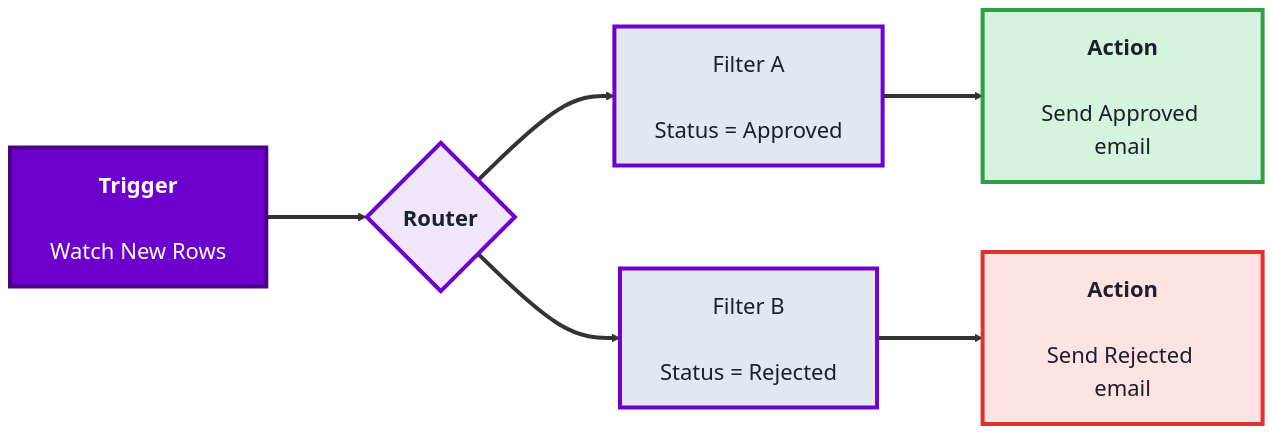
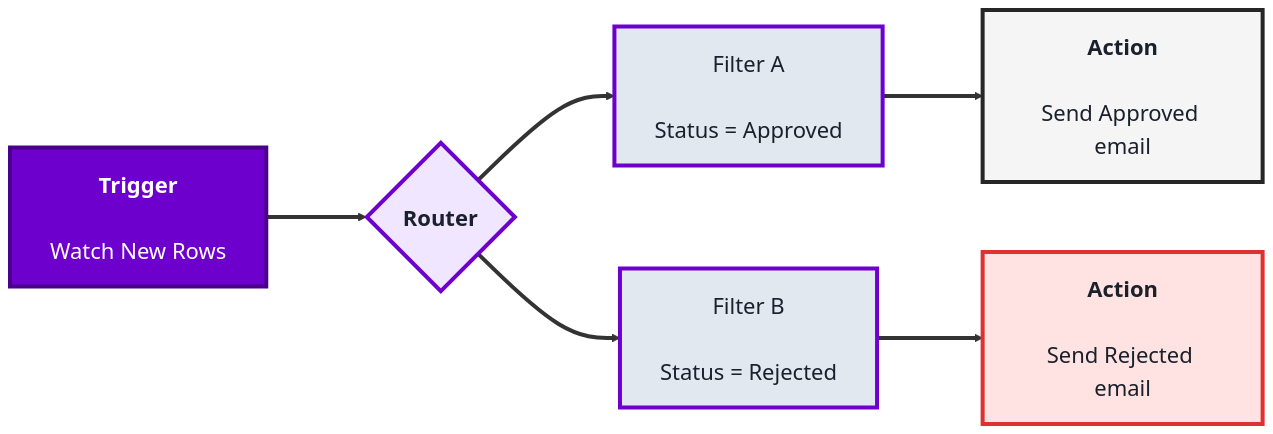
Before and after one commit to SHEMODELTECH/shemodeltech: the third of 5 diagrams in src/Pages/courses/TechArchs/automation-beginner-course.md, drawn with Mermaid. The commit also changed other lines of this file and 46 other files, not shown here.

````diff
--- a/src/Pages/courses/TechArchs/automation-beginner-course.md
+++ b/src/Pages/courses/TechArchs/automation-beginner-course.md
@@ -192,22 +192,22 @@
 ```mermaid
 %%{init: {'theme':'base', 'themeVariables': {'fontSize':'22px', 'primaryTextColor':'#1a202c', 'primaryBorderColor':'#4a0089', 'lineColor':'#333333'}, 'flowchart': {'nodeSpacing': 70, 'rankSpacing': 100, 'padding': 20}}}%%
 flowchart LR
     T["<b>Trigger</b><br/><br/>Watch New Rows"]
     R{"<b>Router</b>"}
     FA["Filter A<br/><br/>Status = Approved"]
     FB["Filter B<br/><br/>Status = Rejected"]
     AA["<b>Action</b><br/><br/>Send Approved email"]
     AB["<b>Action</b><br/><br/>Send Rejected email"]
 
     T ==> R
     R ==> FA ==> AA
     R ==> FB ==> AB
 
     style T fill:#6d00cc,color:#fff,stroke:#4a0089,stroke-width:4px
     style R fill:#f0e6ff,color:#1a202c,stroke:#6d00cc,stroke-width:4px
     style FA fill:#e2e8f0,color:#1a202c,stroke:#6d00cc,stroke-width:4px
     style FB fill:#e2e8f0,color:#1a202c,stroke:#6d00cc,stroke-width:4px
-    style AA fill:#d4f4dd,color:#1a202c,stroke:#2f9e44,stroke-width:4px
+    style AA fill:#F5F5F5,color:#1a202c,stroke:#262626,stroke-width:4px
     style AB fill:#ffe3e3,color:#1a202c,stroke:#e03131,stroke-width:4px
     linkStyle default stroke-width:4px,stroke:#333333
 ```
````
